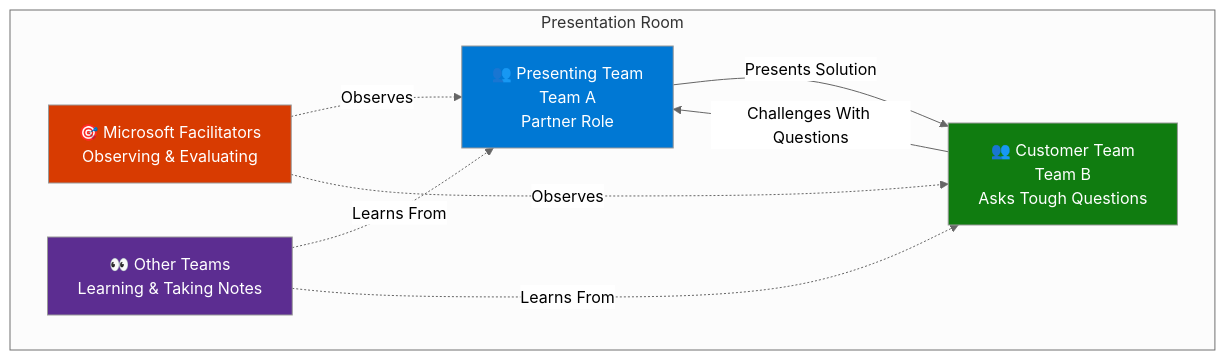
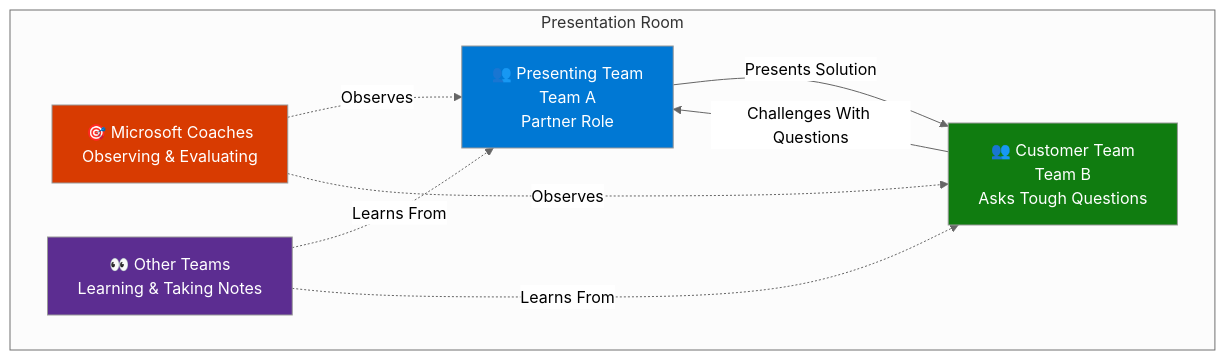
The diagram in hackathon/challenges/challenge-8-partner-showcase.md (jonathan-vella/azure-agentic-infraops-workshop), drawn with Mermaid (neutral theme) before and after one commit. The commit also changed other lines of this file and 14 other files, not shown here.

````diff
--- a/hackathon/challenges/challenge-8-partner-showcase.md
+++ b/hackathon/challenges/challenge-8-partner-showcase.md
@@ -15,21 +15,21 @@
 ```mermaid
 graph TB
     subgraph Room[Presentation Room]
         P[👥 Presenting Team<br/>Team A<br/>Partner Role]
         C[👥 Customer Team<br/>Team B<br/>Asks Tough Questions]
-        F[🎯 Microsoft Facilitators<br/>Observing & Evaluating]
+        F[🎯 Microsoft Coaches<br/>Observing & Evaluating]
         O[👀 Other Teams<br/>Learning & Taking Notes]
         
         P -->|Presents Solution| C
         C -->|Challenges With Questions| P
         F -.->|Observes| P
         F -.->|Observes| C
         O -.->|Learns From| P
         O -.->|Learns From| C
     end
     
     style P fill:#0078d4,color:#fff
     style C fill:#107c10,color:#fff
     style F fill:#d83b01,color:#fff
     style O fill:#5c2d91,color:#fff
 ```
````
